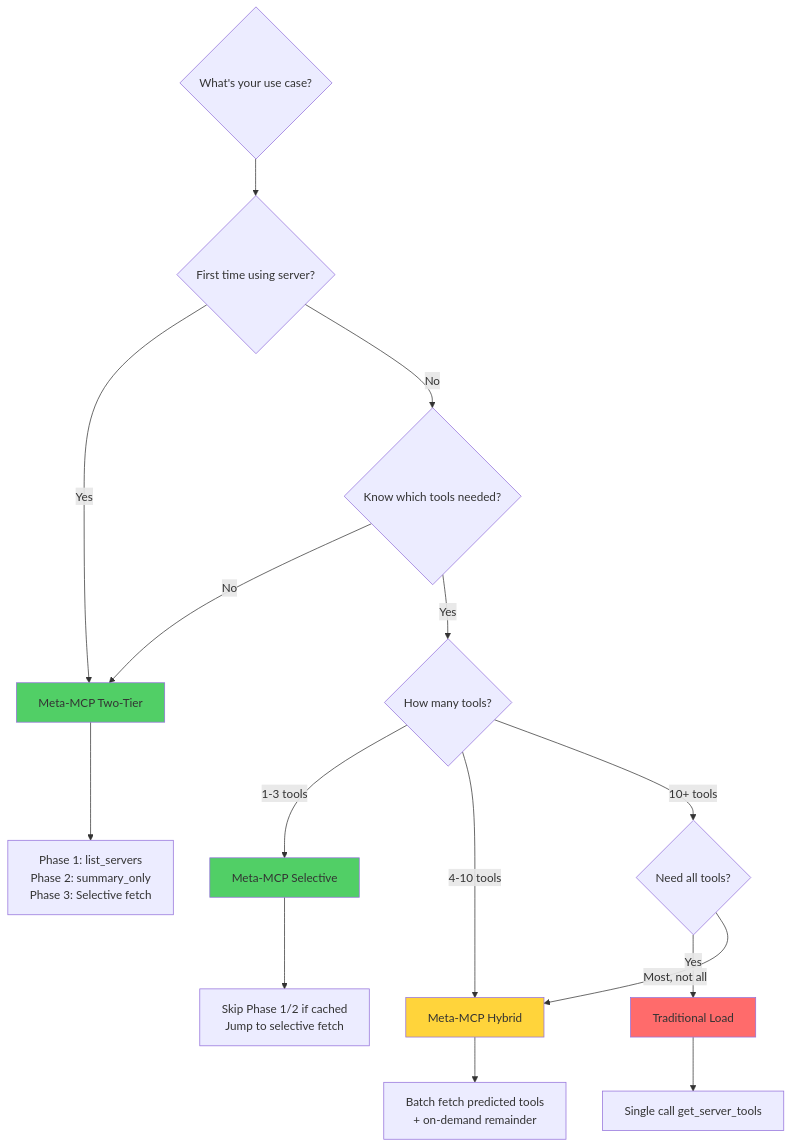
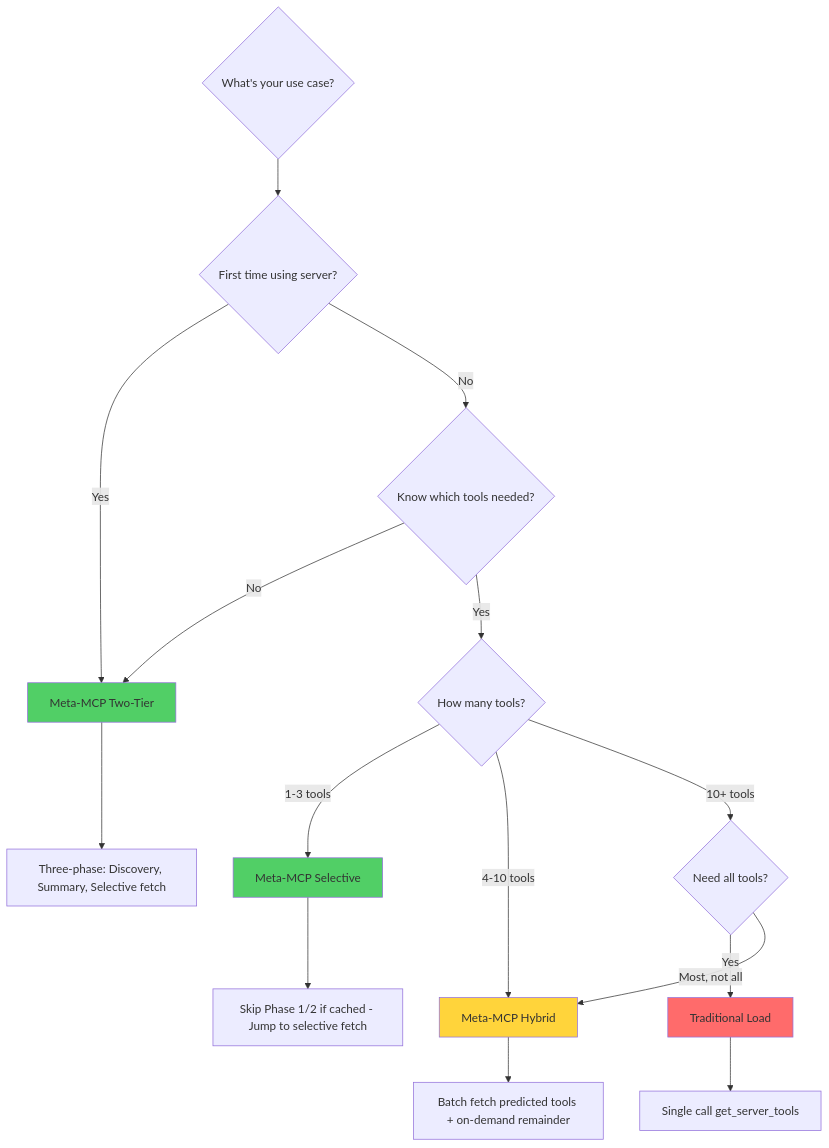
Before and after one commit to blueman82/mcp-exec: diagram 13 of 15 in projects/meta-mcp-server/docs/diagrams/10-token-optimization.md, drawn with Mermaid. The commit also changed other lines of this file and 4 other files, not shown here.

First line of the commit message:
docs: Remove Claude Desktop references and fix Mermaid syntax

````diff
--- a/projects/meta-mcp-server/docs/diagrams/10-token-optimization.md
+++ b/projects/meta-mcp-server/docs/diagrams/10-token-optimization.md
@@ -352,26 +352,26 @@
 ```mermaid
 graph TD
     A{What's your use case?} --> B{First time using server?}
     B -->|Yes| C[Meta-MCP Two-Tier]
     B -->|No| D{Know which tools needed?}
 
     D -->|No| C
     D -->|Yes| E{How many tools?}
 
     E -->|1-3 tools| F[Meta-MCP Selective]
     E -->|4-10 tools| G[Meta-MCP Hybrid]
     E -->|10+ tools| H{Need all tools?}
 
     H -->|Yes| I[Traditional Load]
     H -->|Most, not all| G
 
-    C --> J[Phase 1: list_servers<br/>Phase 2: summary_only<br/>Phase 3: Selective fetch]
-    F --> K[Skip Phase 1/2 if cached<br/>Jump to selective fetch]
-    G --> L[Batch fetch predicted tools<br/>+ on-demand remainder]
+    C --> J["Three-phase: Discovery, Summary, Selective fetch"]
+    F --> K["Skip Phase 1/2 if cached - Jump to selective fetch"]
+    G --> L["Batch fetch predicted tools + on-demand remainder"]
     I --> M[Single call get_server_tools]
 
     style C fill:#51cf66
     style F fill:#51cf66
     style G fill:#ffd43b
     style I fill:#ff6b6b
 ```
````
